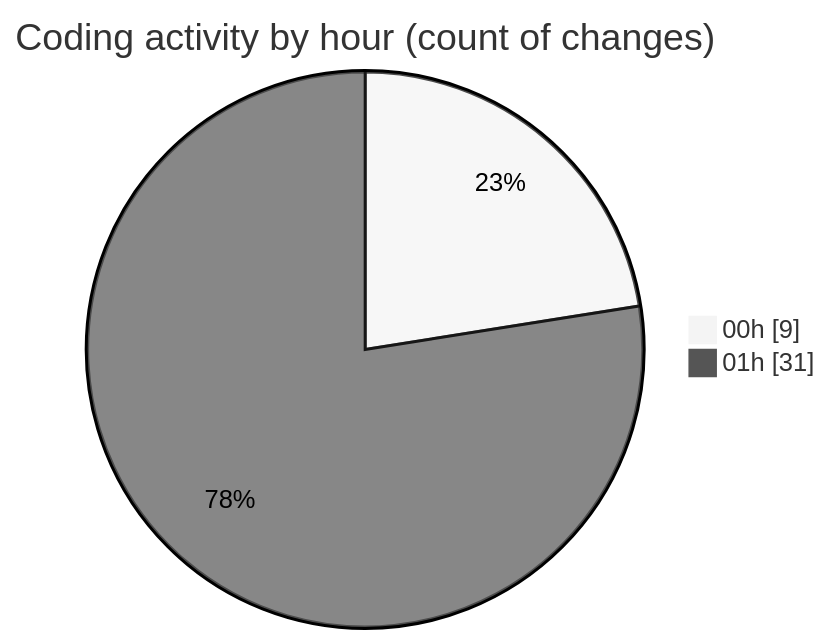
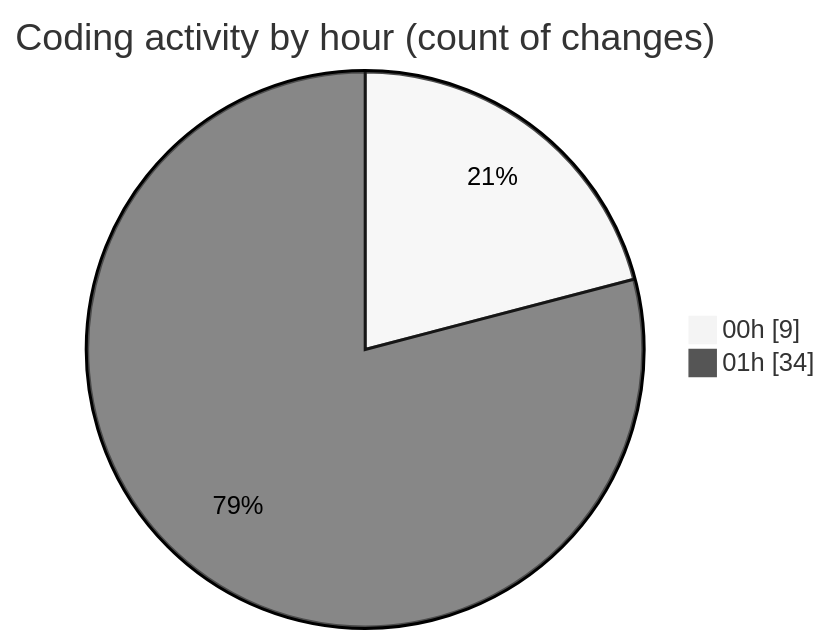
One commit to julien-gomy/code-tracking changed the second of 2 diagrams in 2025-11-18/eventscop-frontend-guide__workspace_/README.md. Above: the diagram before and after it, drawn with Mermaid (neutral theme). The commit also changed other lines of this file and 1 other file, not shown here.

````diff
--- a/2025-11-18/eventscop-frontend-guide__workspace_/README.md
+++ b/2025-11-18/eventscop-frontend-guide__workspace_/README.md
@@ -36,6 +36,6 @@
 ```mermaid
 pie showData
 title Coding activity by hour (count of changes)
 "00h" : 9
-"01h" : 31
+"01h" : 34
 ```
````
